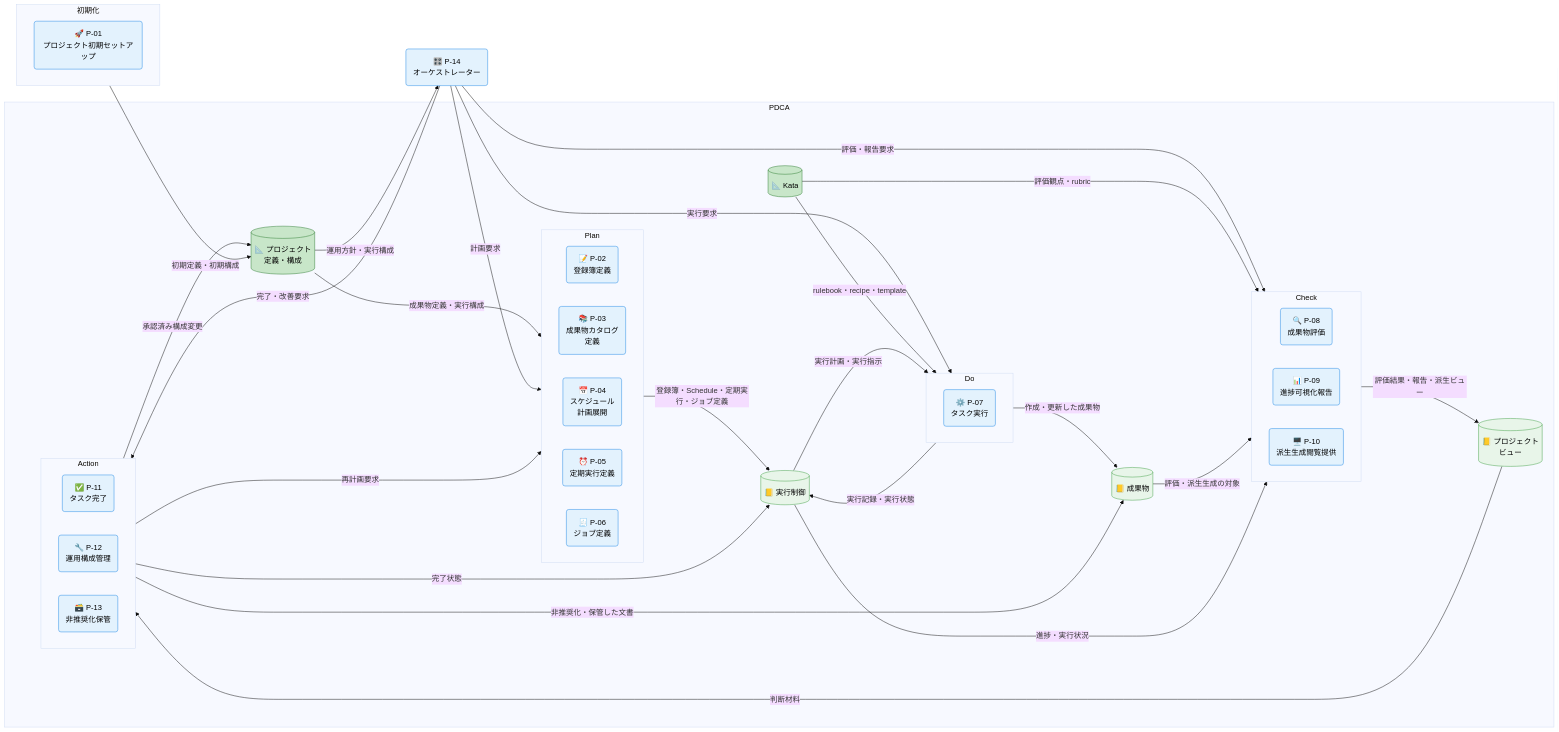
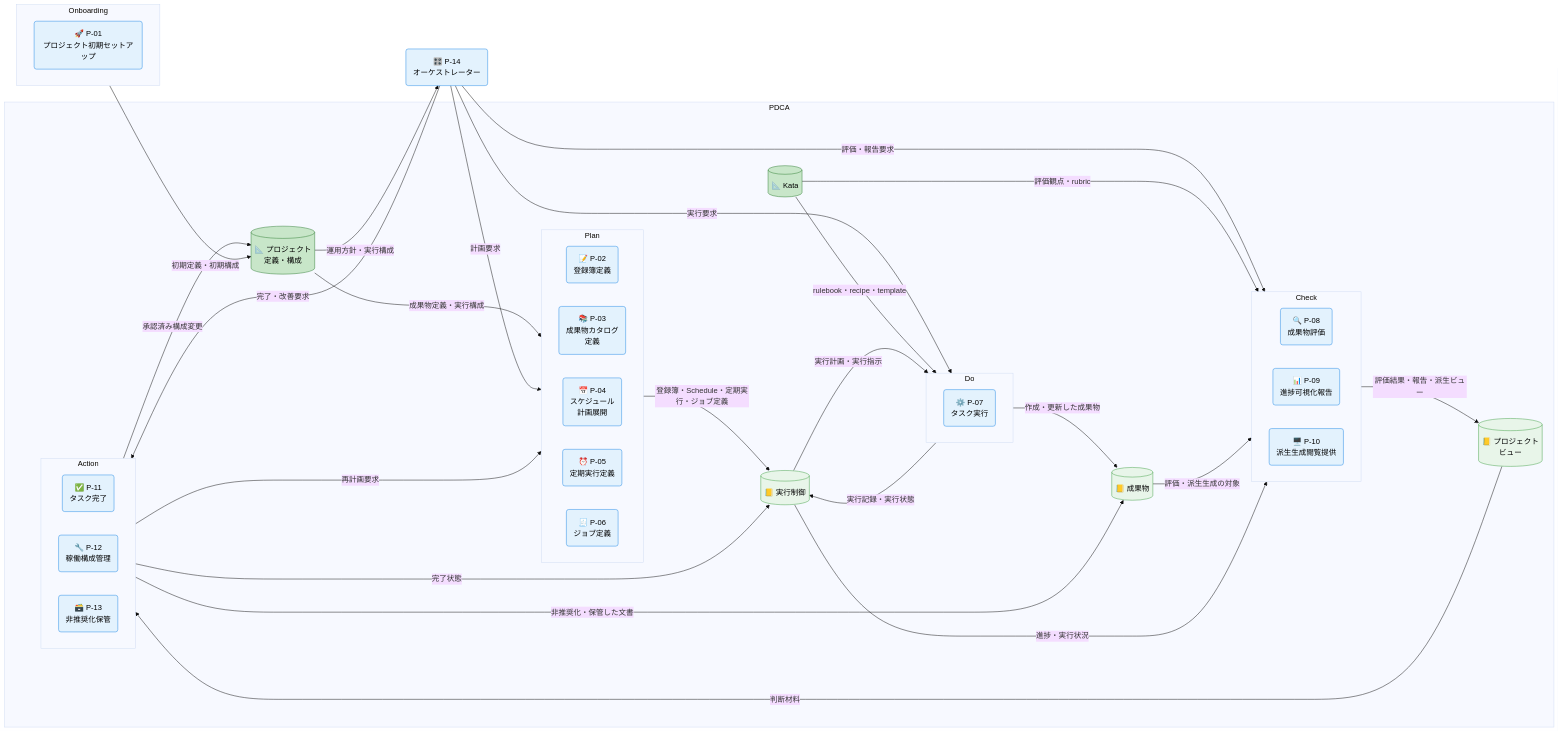
Before and after one commit to specdojo/spec-dojo-handbook: the first of 2 diagrams in docs/ja/product/010-business-specs/010-data-flow/cdfd-overview.md, drawn with Mermaid (base theme). The commit also changed other lines of this file, not shown here.

```diff
--- a/docs/ja/product/010-business-specs/010-data-flow/cdfd-overview.md
+++ b/docs/ja/product/010-business-specs/010-data-flow/cdfd-overview.md
@@ -107,7 +128,7 @@
   classDef storeTransaction fill:#e8f5e9,stroke:#43a047,color:#000
   classDef actor fill:#f5f7fa,stroke:#607d8b,color:#000
 
-  subgraph Setup[初期化]
+  subgraph Setup[Onboarding]
     direction LR
     P01("🚀 P-01<br>プロジェクト初期セットアップ")
   end
@@ -147,7 +168,7 @@
     subgraph Action
       direction LR
       P11("✅ P-11<br>タスク完了")
-      P12("🔧 P-12<br>運用構成管理")
+      P12("🔧 P-12<br>稼働構成管理")
       P13("🗃️ P-13<br>非推奨化保管")
     end
   end
```
